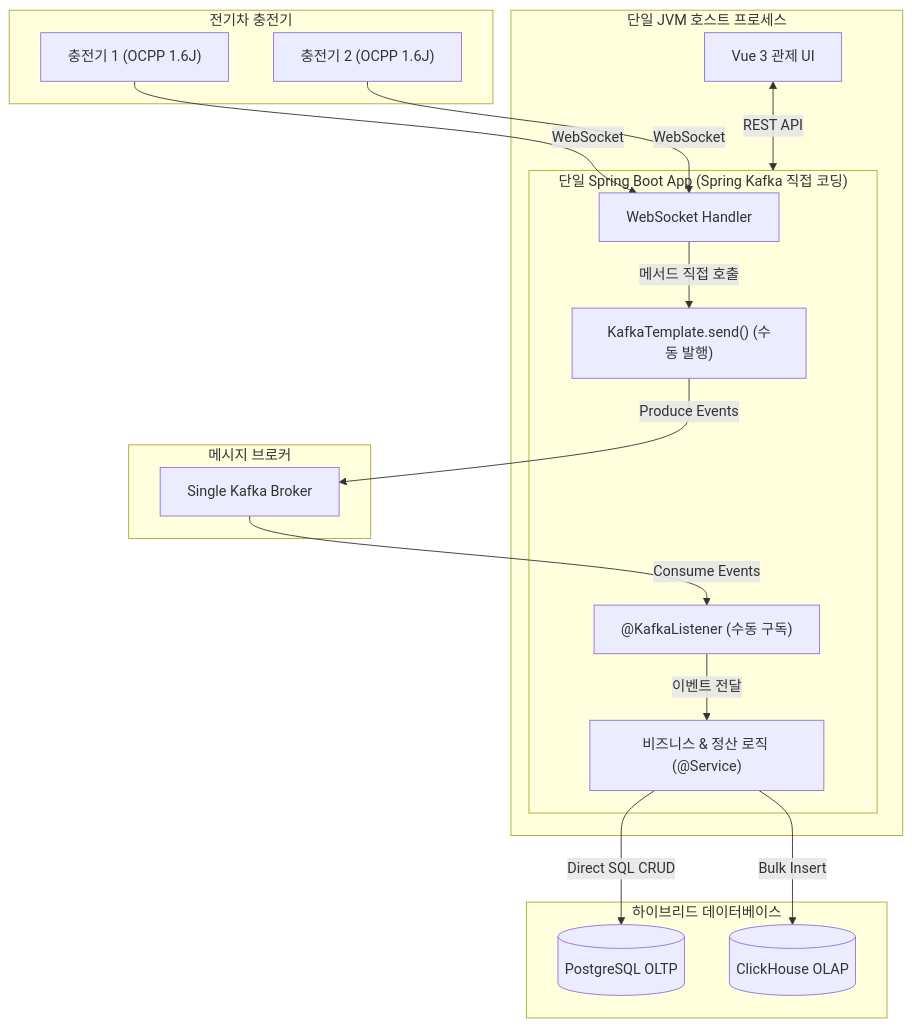
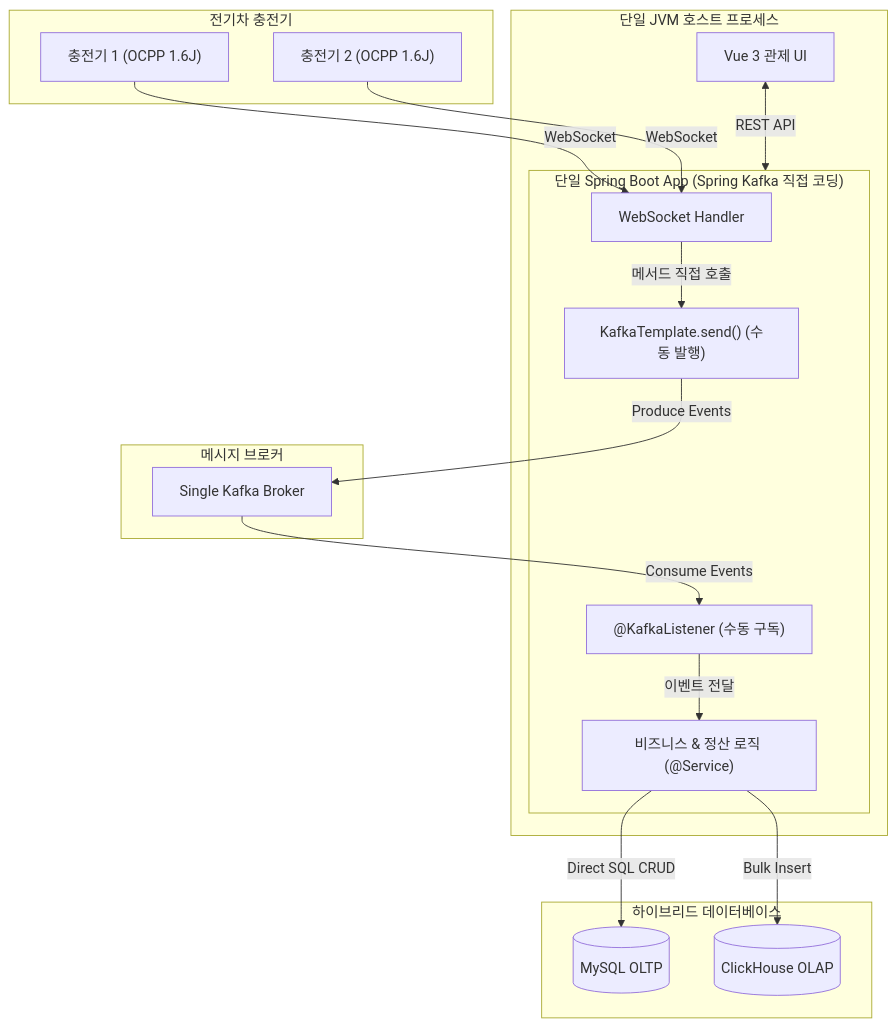
One commit to h2y-hyhong2/h2y-ocpp changed the fourth of 10 diagrams in doc/02.open_source_sales/01.prd.md. Above: the diagram before and after it, drawn with Mermaid. The commit also changed other lines of this file and 7 other files, not shown here.

````diff
--- a/doc/02.open_source_sales/01.prd.md
+++ b/doc/02.open_source_sales/01.prd.md
@@ -230,36 +230,36 @@
 ```mermaid
 flowchart TB
     subgraph EVSE ["전기차 충전기"]
         CP1["충전기 1 (OCPP 1.6J)"]
         CP2["충전기 2 (OCPP 1.6J)"]
     end
 
     subgraph SingleHost ["단일 JVM 호스트 프로세스"]
         subgraph Monolith ["단일 Spring Boot App (Spring Kafka 직접 코딩)"]
             Handler["WebSocket Handler"]
             KafkaTemplate["KafkaTemplate.send() (수동 발행)"]
             Listener["@KafkaListener (수동 구독)"]
             Biz["비즈니스 & 정산 로직 (@Service)"]
             
             Handler -->|메서드 직접 호출| KafkaTemplate
             Listener -->|이벤트 전달| Biz
         end
         UI["Vue 3 관제 UI"] <-->|REST API| Monolith
     end
 
     subgraph MQ ["메시지 브로커"]
         Kafka["Single Kafka Broker"]
     end
 
     subgraph DB ["하이브리드 데이터베이스"]
-        Postgres[(PostgreSQL OLTP)]
+        MySQL[(MySQL OLTP)]
         ClickHouse[(ClickHouse OLAP)]
     end
 
     CP1 -->|WebSocket| Handler
     CP2 -->|WebSocket| Handler
     KafkaTemplate -->|Produce Events| Kafka
     Kafka -->|Consume Events| Listener
-    Biz -->|Direct SQL CRUD| Postgres
+    Biz -->|Direct SQL CRUD| MySQL
     Biz -->|Bulk Insert| ClickHouse
 ```
````
